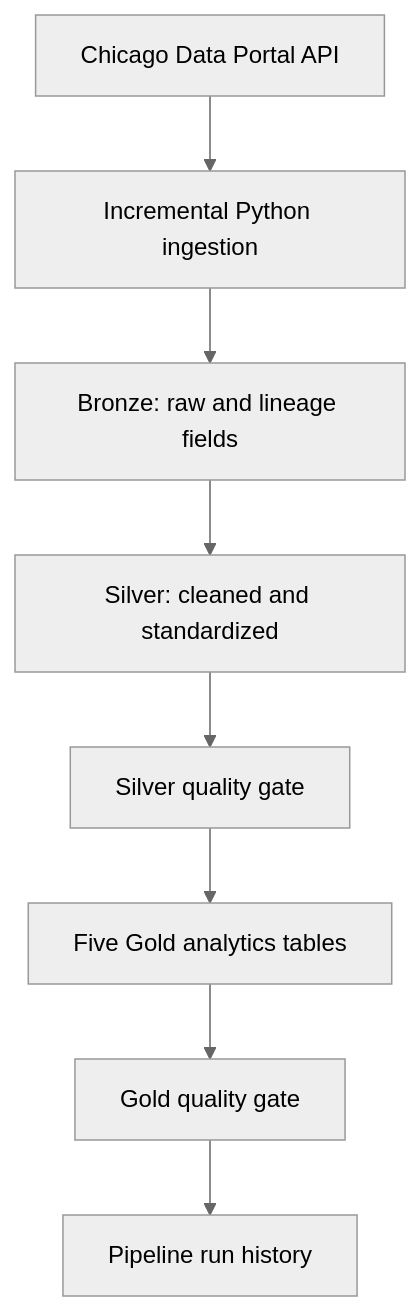
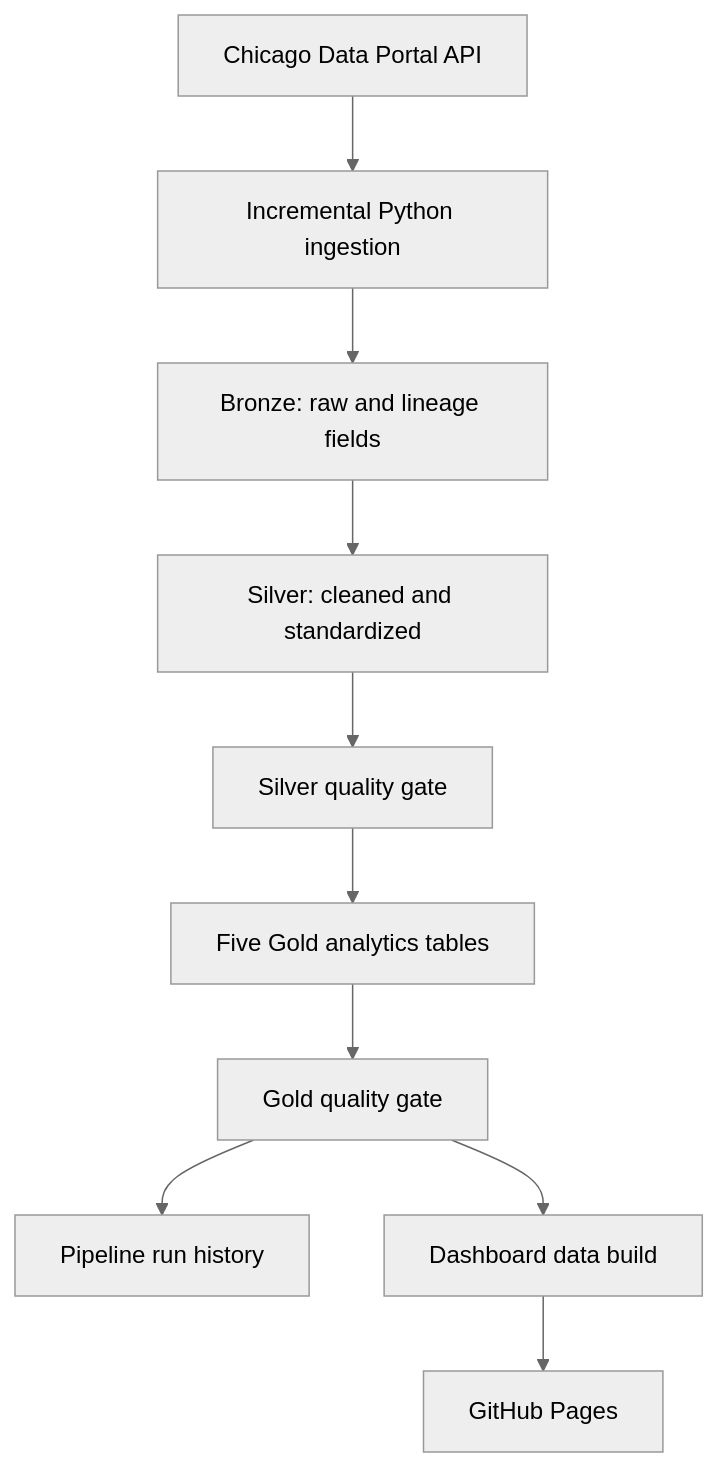
The diagram in README.md (Pranjal677504/chicago_crimes_data_pipeline), drawn with Mermaid (neutral theme) before and after one commit. The commit also changed other lines of this file and 6 other files, not shown here.

````diff
--- a/README.md
+++ b/README.md
@@ -7,10 +11,12 @@
 ```mermaid
 flowchart TD
     A[Chicago Data Portal API] --> B[Incremental Python ingestion]
     B --> C[Bronze: raw and lineage fields]
     C --> D[Silver: cleaned and standardized]
     D --> E[Silver quality gate]
     E --> F[Five Gold analytics tables]
     F --> G[Gold quality gate]
     G --> H[Pipeline run history]
+    G --> I[Dashboard data build]
+    I --> J[GitHub Pages]
 ```
````
